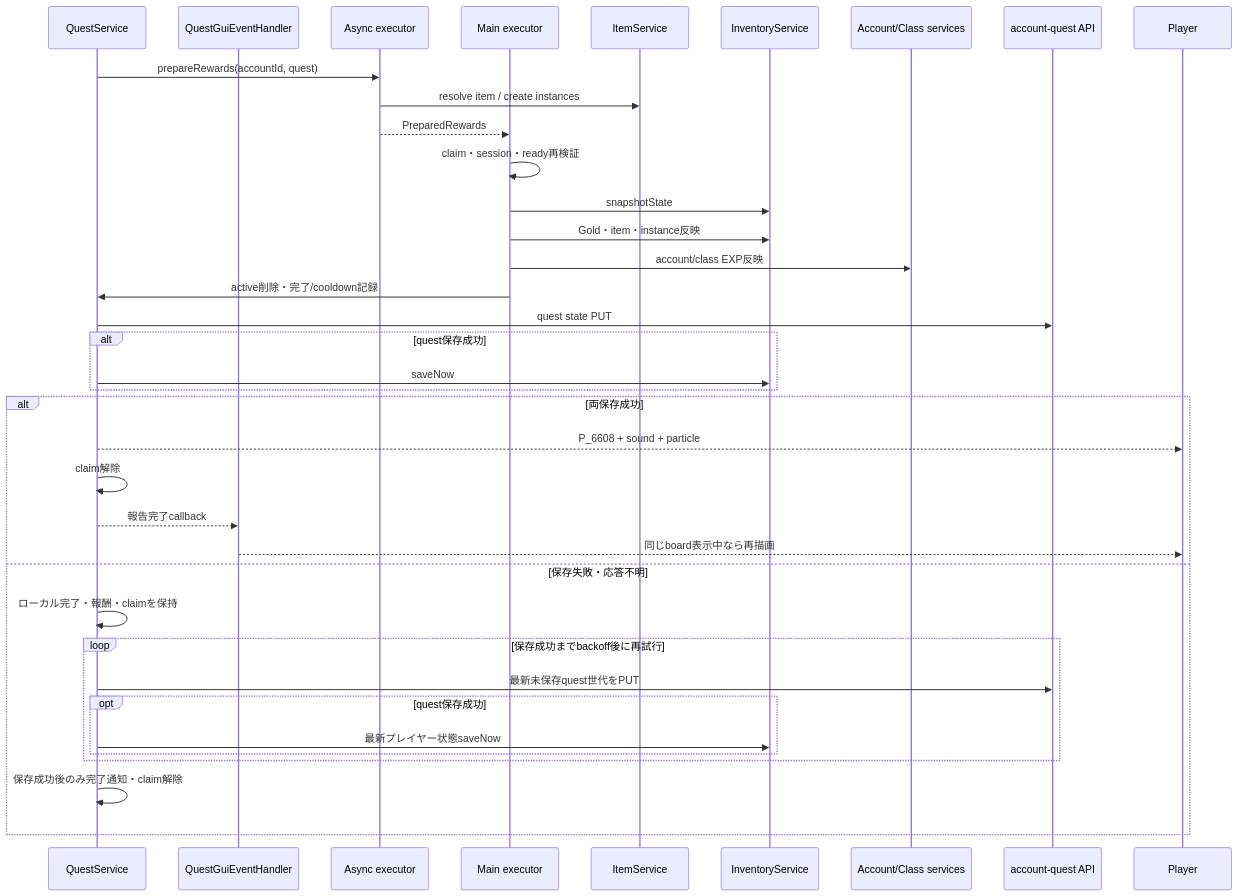
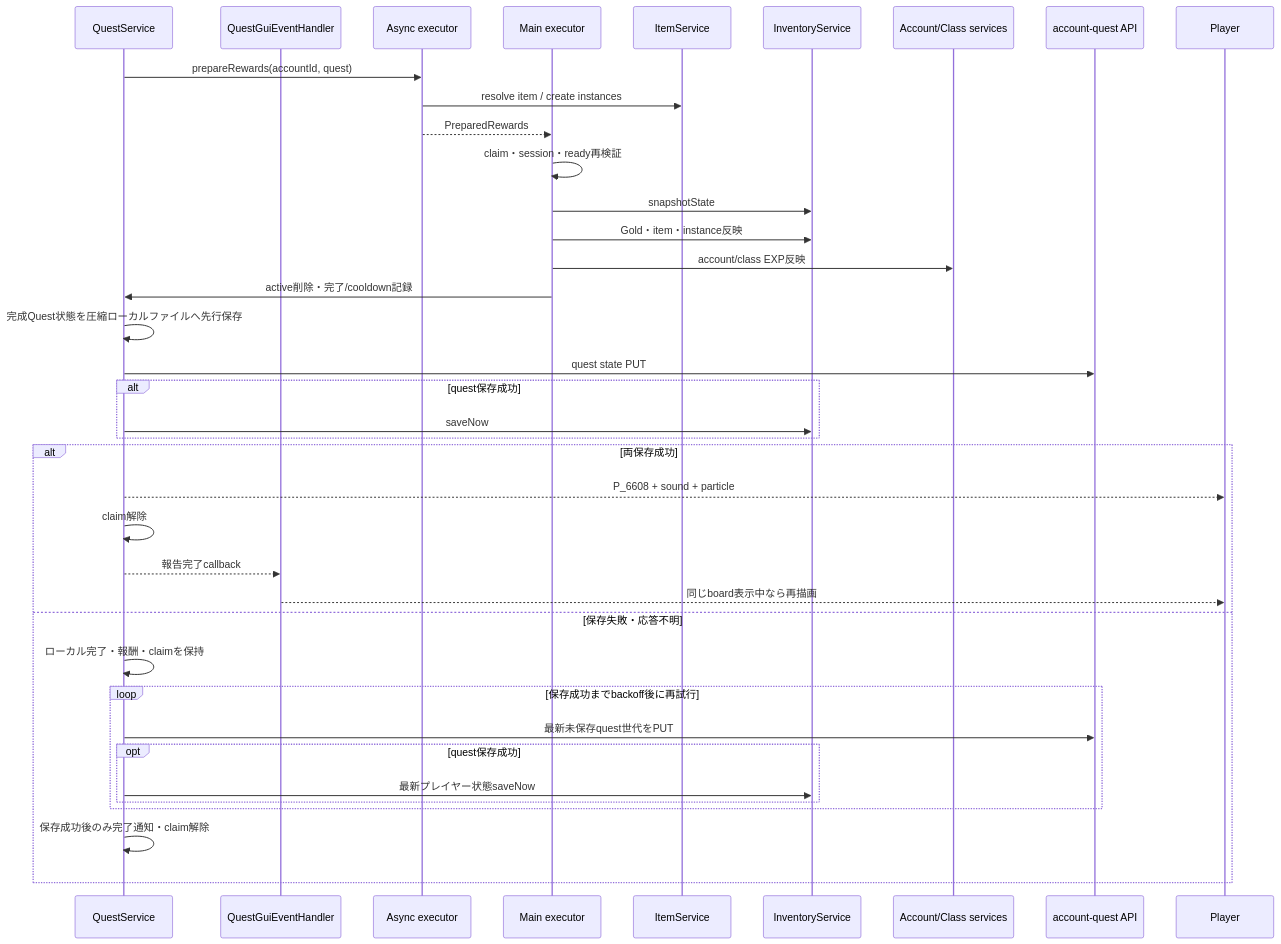
One commit to maaasu/AstralRecord-Workspace changed the fourth of 5 diagrams in 00_docs/10_Plugin設計書/feature/29-quest/29_4-統合フロー.md. Above: the diagram before and after it, drawn with Mermaid. The commit also changed other lines of this file and 3 other files, not shown here.

````diff
--- a/00_docs/10_Plugin設計書/feature/29-quest/29_4-統合フロー.md
+++ b/00_docs/10_Plugin設計書/feature/29-quest/29_4-統合フロー.md
@@ -129,40 +135,41 @@
 ```mermaid
 sequenceDiagram
     participant Quest as QuestService
     participant GUI as QuestGuiEventHandler
     participant Async as Async executor
     participant Main as Main executor
     participant Item as ItemService
     participant Inventory as InventoryService
     participant Account as Account/Class services
     participant API as account-quest API
     participant Player as Player
 
     Quest->>Async: prepareRewards(accountId, quest)
     Async->>Item: resolve item / create instances
     Async-->>Main: PreparedRewards
     Main->>Main: claim・session・ready再検証
     Main->>Inventory: snapshotState
     Main->>Inventory: Gold・item・instance反映
     Main->>Account: account/class EXP反映
     Main->>Quest: active削除・完了/cooldown記録
-    Quest->>API: quest state PUT
+        Quest->>Quest: 完成Quest状態を圧縮ローカルファイルへ先行保存
+        Quest->>API: quest state PUT
     alt quest保存成功
         Quest->>Inventory: saveNow
     end
     alt 両保存成功
         Quest-->>Player: P_6608 + sound + particle
         Quest->>Quest: claim解除
         Quest-->>GUI: 報告完了callback
         GUI-->>Player: 同じboard表示中なら再描画
     else 保存失敗・応答不明
         Quest->>Quest: ローカル完了・報酬・claimを保持
         loop 保存成功までbackoff後に再試行
             Quest->>API: 最新未保存quest世代をPUT
             opt quest保存成功
                 Quest->>Inventory: 最新プレイヤー状態saveNow
             end
         end
         Quest->>Quest: 保存成功後のみ完了通知・claim解除
     end
 ```
````
